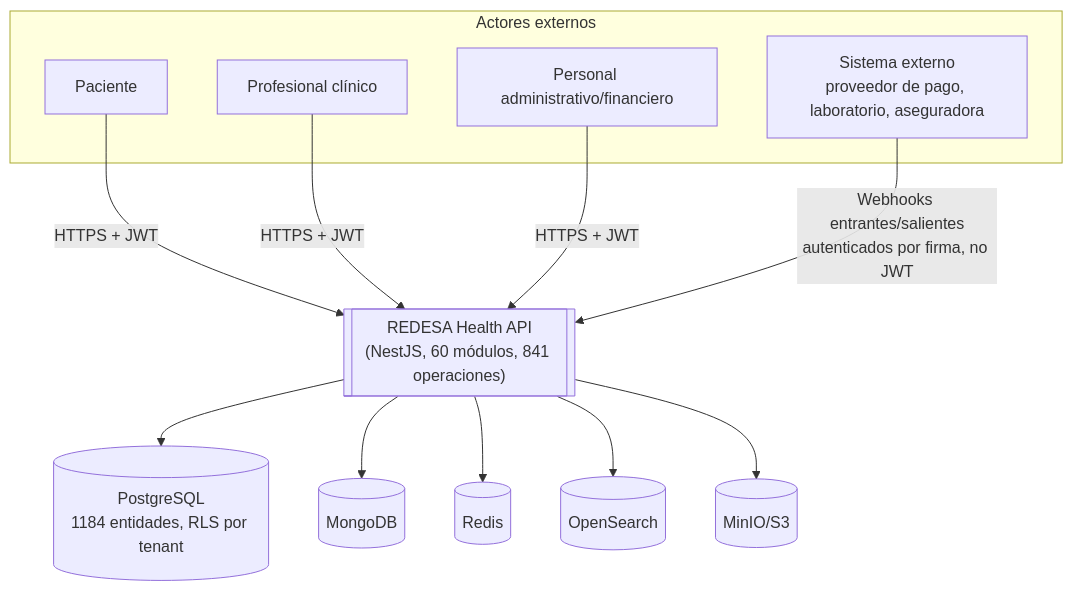
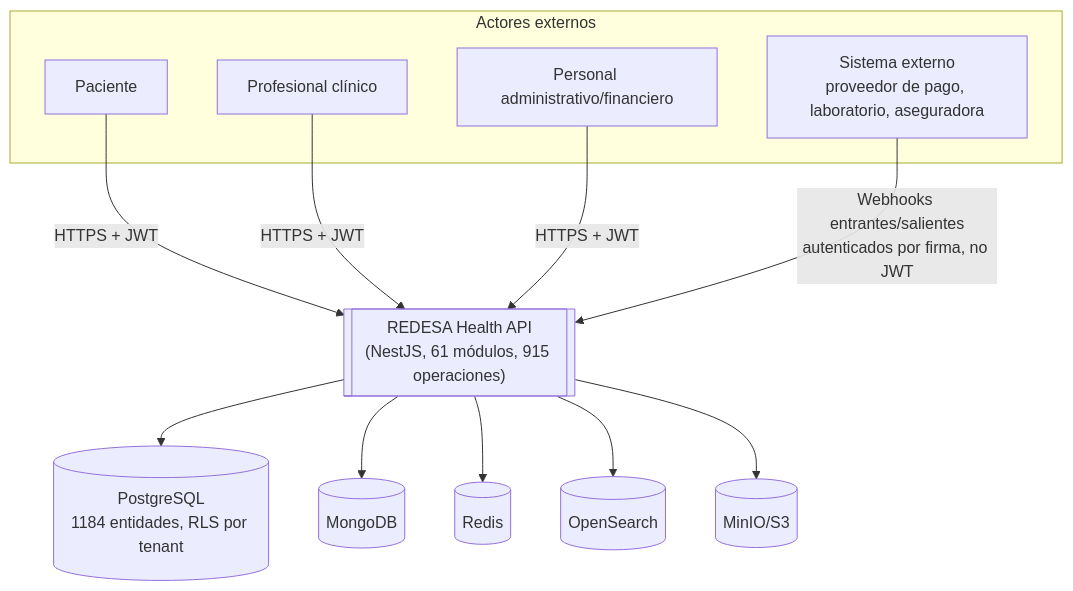
Before and after one commit to mdavila-2001/mantra-core-health-api: the diagram in docs/architecture/system-context.md, drawn with Mermaid. The commit also changed other lines of this file and 17 other files, not shown here.

````diff
--- a/docs/architecture/system-context.md
+++ b/docs/architecture/system-context.md
@@ -5,22 +5,22 @@
 ```mermaid
 flowchart TB
   subgraph Actores externos
     Patient[Paciente]
     Clinician[Profesional clínico]
     Admin[Personal administrativo/financiero]
     Partner[Sistema externo<br/>proveedor de pago, laboratorio, aseguradora]
   end
 
-  API[["REDESA Health API<br/>(NestJS, 60 módulos, 841 operaciones)"]]
+  API[["REDESA Health API<br/>(NestJS, 61 módulos, 915 operaciones)"]]
 
   Patient -->|HTTPS + JWT| API
   Clinician -->|HTTPS + JWT| API
   Admin -->|HTTPS + JWT| API
   Partner -->|Webhooks entrantes/salientes<br/>autenticados por firma, no JWT| API
 
   API --> PG[(PostgreSQL<br/>1184 entidades, RLS por tenant)]
   API --> Mongo[(MongoDB)]
   API --> Redis[(Redis)]
   API --> OS[(OpenSearch)]
   API --> MinIO[(MinIO/S3)]
 ```
````
